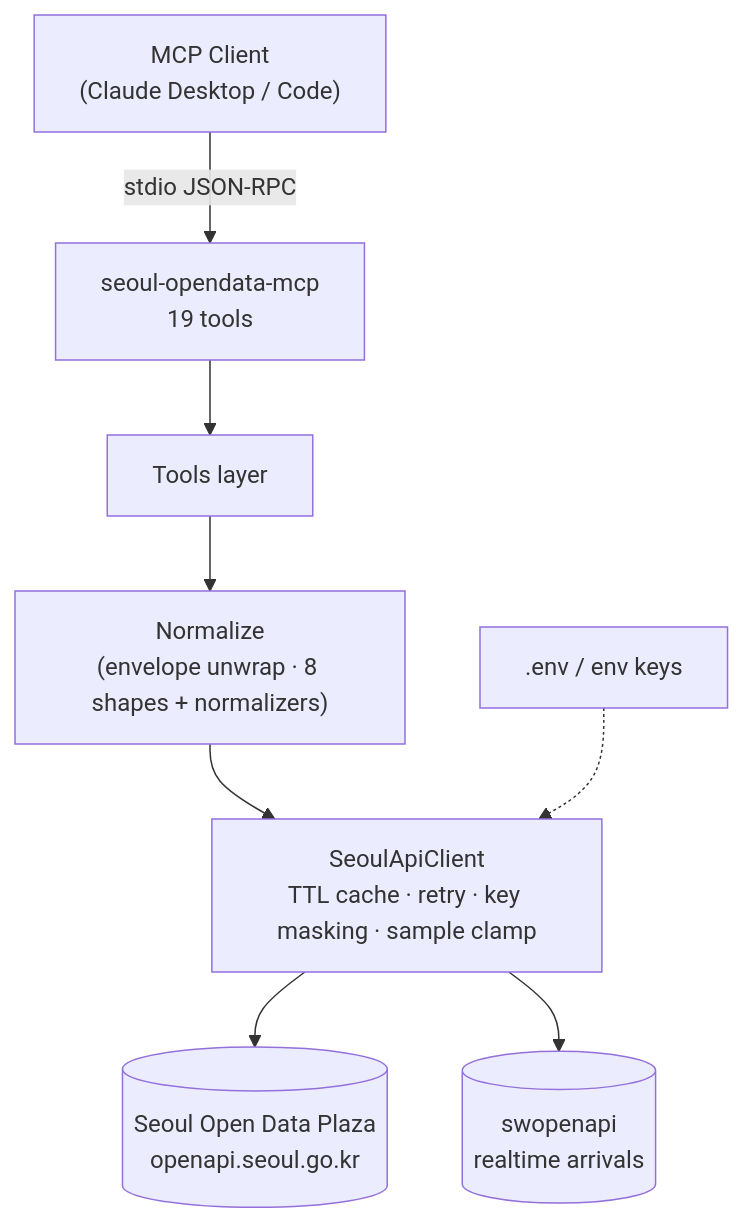
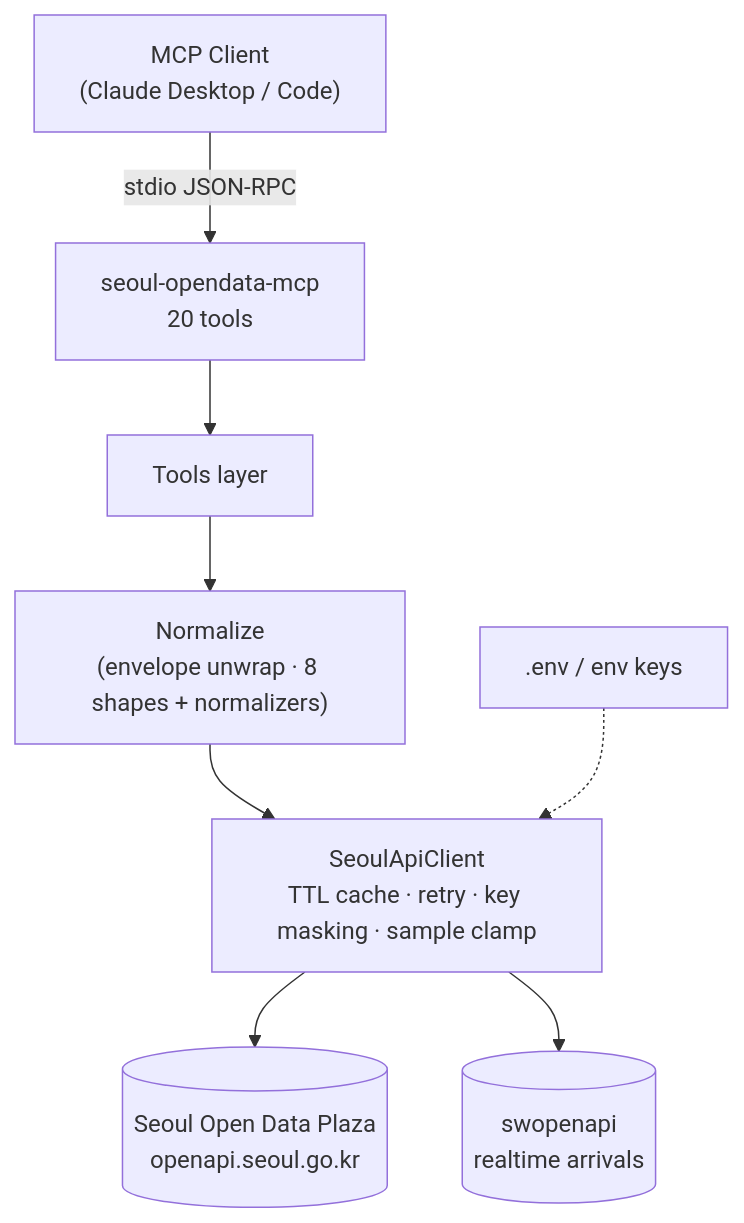
One commit to whchoi98/seoul-opendata-mcp changed the second of 2 diagrams in README.md. Above: the diagram before and after it, drawn with Mermaid. The commit also changed other lines of this file and 47 other files, not shown here.

````diff
--- a/README.md
+++ b/README.md
@@ -346,10 +351,10 @@
 ```mermaid
 flowchart TD
-    MCPClient["MCP Client<br/>(Claude Desktop / Code)"] -->|"stdio JSON-RPC"| Server["seoul-opendata-mcp<br/>19 tools"]
+    MCPClient["MCP Client<br/>(Claude Desktop / Code)"] -->|"stdio JSON-RPC"| Server["seoul-opendata-mcp<br/>20 tools"]
     Server --> ToolsLayer["Tools layer"]
     ToolsLayer --> Normalize["Normalize<br/>(envelope unwrap · 8 shapes + normalizers)"]
     Normalize --> Client["SeoulApiClient<br/>TTL cache · retry · key masking · sample clamp"]
     Client --> APIs[("Seoul Open Data Plaza<br/>openapi.seoul.go.kr")]
     Client --> Subway[("swopenapi<br/>realtime arrivals")]
     ENV[".env / env keys"] -.-> Client
 ```
````
